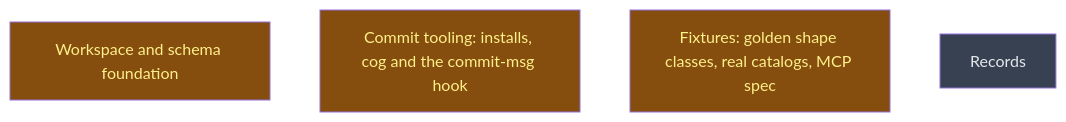
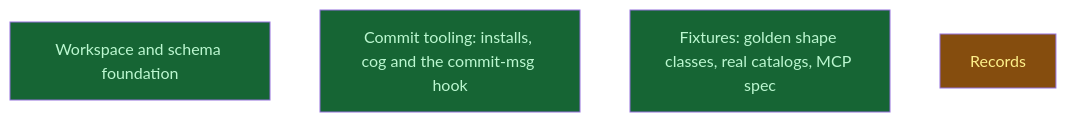
One commit to CrackingShells/Candler changed the diagram in __roadmap__/wire-schemas/README.md. Above: the diagram before and after it, drawn with Mermaid. The commit also changed other lines of this file and 4 other files, not shown here.

First line of the commit message:
rdm(schemas): close the first level and start the records

````diff
--- a/__roadmap__/wire-schemas/README.md
+++ b/__roadmap__/wire-schemas/README.md
@@ -43,12 +43,12 @@
 ```mermaid
 graph TD
-    workspace[Workspace and schema foundation]:::inprogress
-    commit_tooling[Commit tooling: installs, cog and the commit-msg hook]:::inprogress
-    fixtures[Fixtures: golden shape classes, real catalogs, MCP spec]:::inprogress
-    records[Records]:::planned
+    workspace[Workspace and schema foundation]:::done
+    commit_tooling[Commit tooling: installs, cog and the commit-msg hook]:::done
+    fixtures[Fixtures: golden shape classes, real catalogs, MCP spec]:::done
+    records[Records]:::inprogress
     classDef done       fill:#166534,color:#bbf7d0
     classDef inprogress fill:#854d0e,color:#fef08a
     classDef planned    fill:#374151,color:#e5e7eb
     classDef amendment  fill:#1e3a5f,color:#bfdbfe
     classDef blocked    fill:#7f1d1d,color:#fecaca
 ```
````
